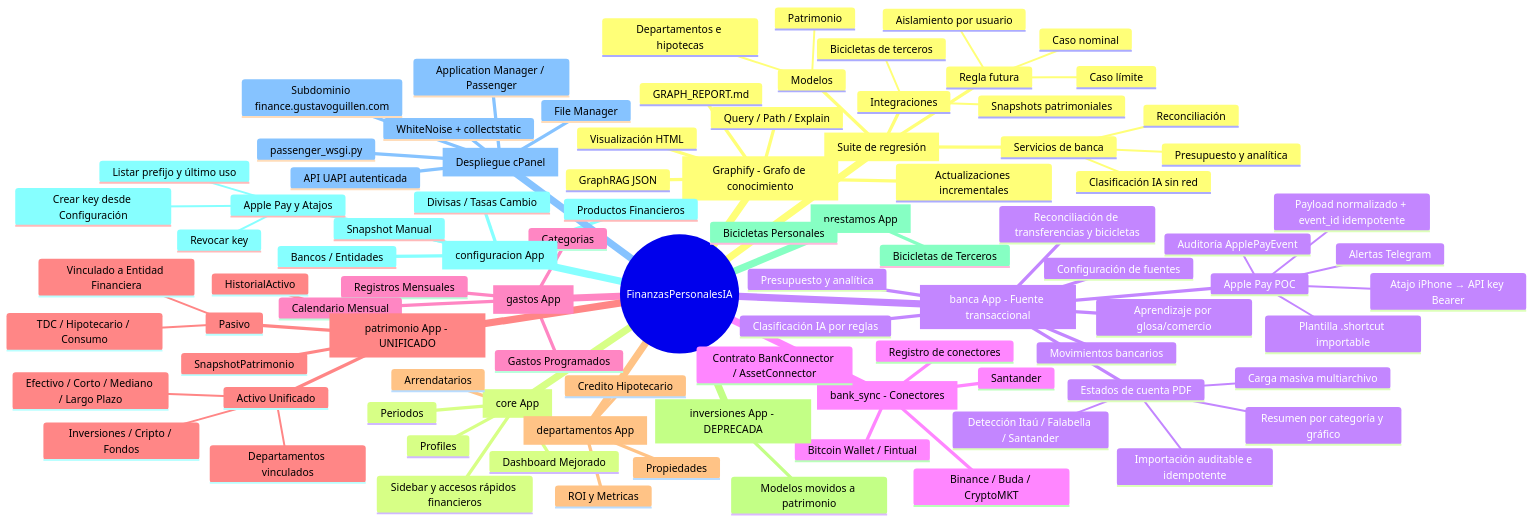
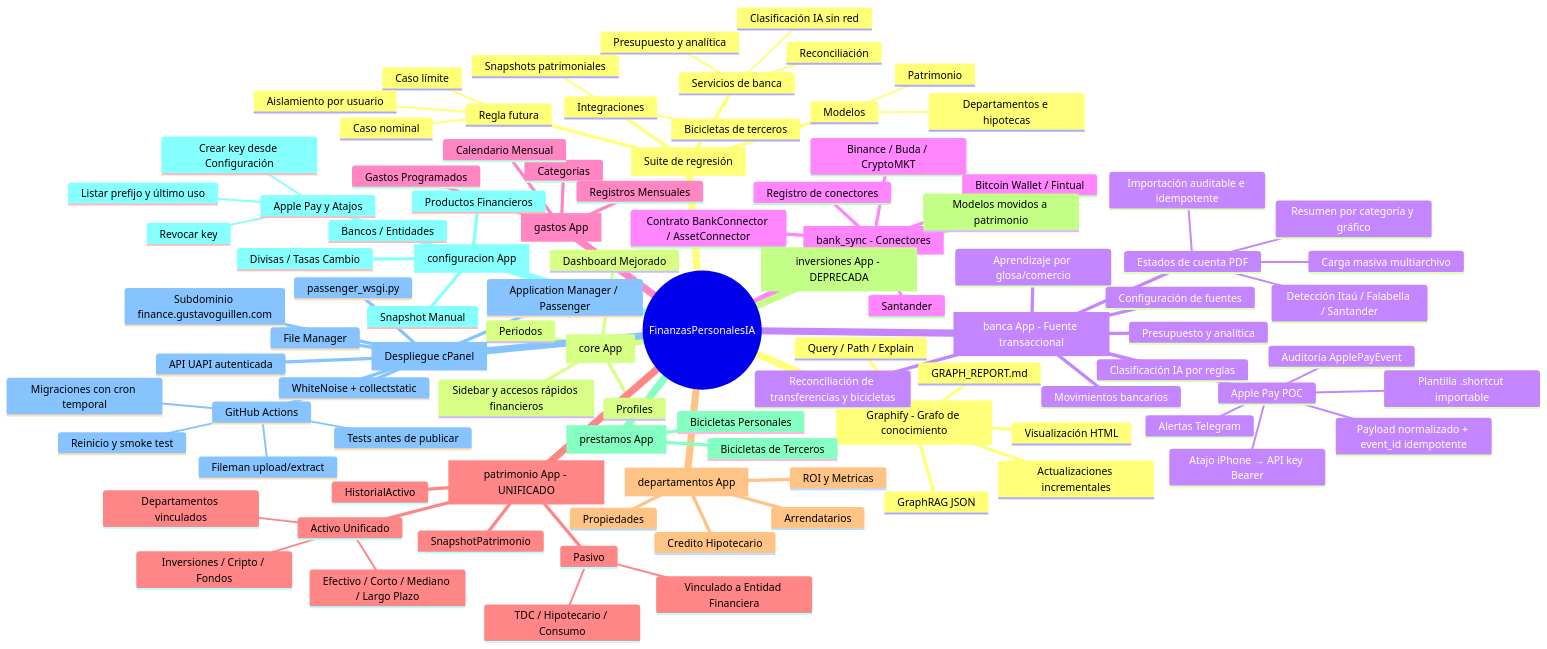
One commit to gusdrawn/personal_finance_ia changed the diagram in AGENTS.md. Above: the diagram before and after it, drawn with Mermaid. The commit also changed other lines of this file and 6 other files, not shown here.

```diff
--- a/AGENTS.md
+++ b/AGENTS.md
@@ -392,6 +402,11 @@
       Subdominio finance.gustavoguillen.com
       passenger_wsgi.py
       WhiteNoise + collectstatic
+      GitHub Actions
+        Tests antes de publicar
+        Fileman upload/extract
+        Migraciones con cron temporal
+        Reinicio y smoke test
     pruebas[Suite de regresión]
       ::icon(fa fa-vial)
       Servicios de banca
```
